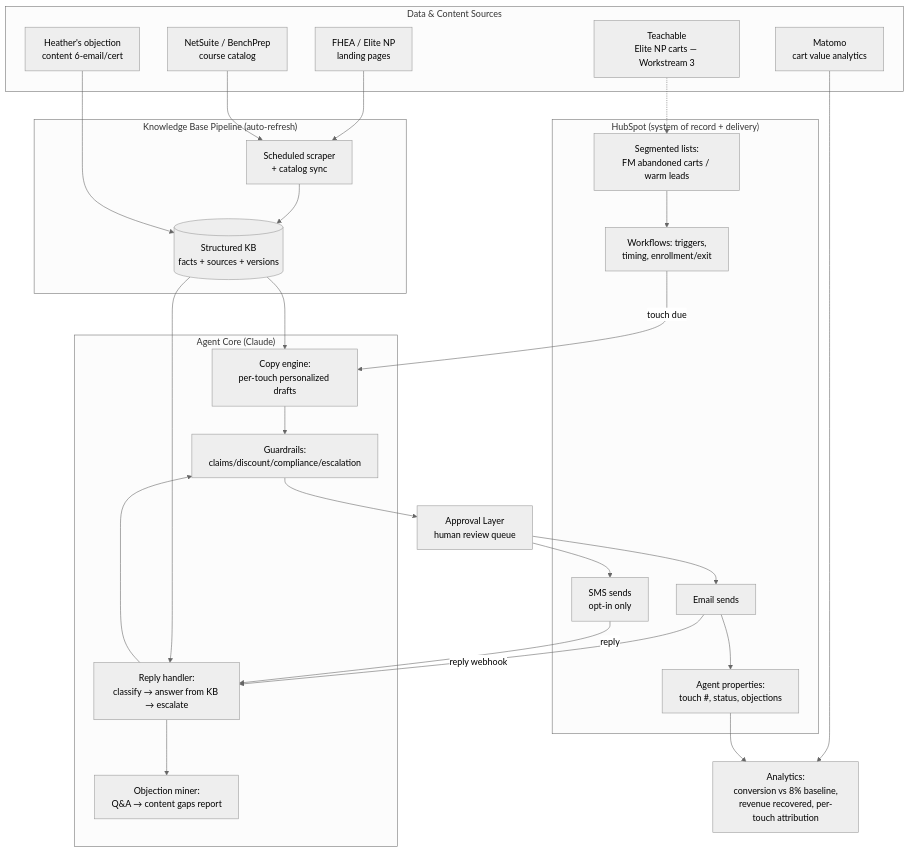
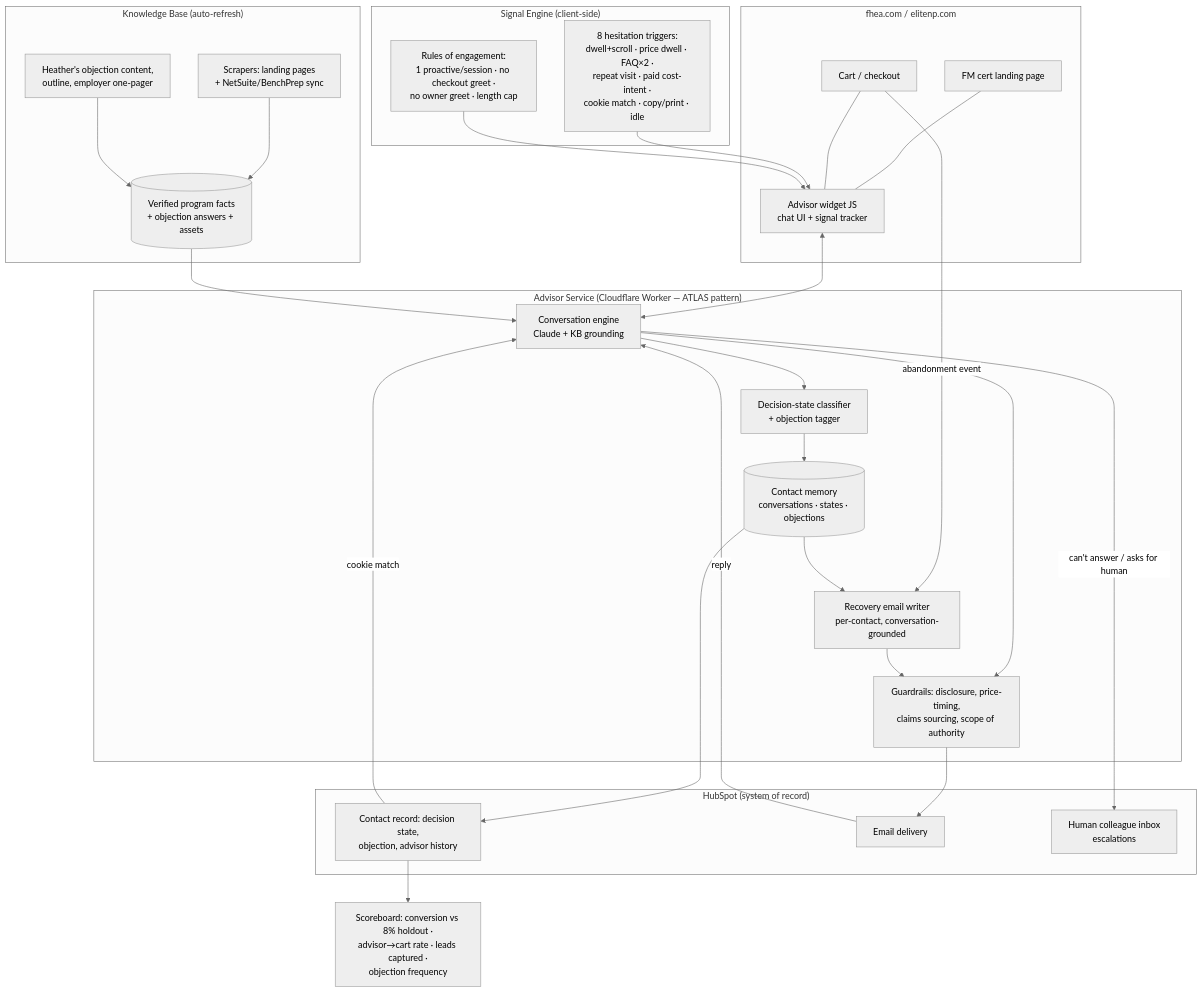
One commit to samcolibri/cert-sdr-agent changed the diagram in ARCHITECTURE.md. Above: the diagram before and after it, drawn with Mermaid (neutral theme). The commit also changed other lines of this file and 12 other files, not shown here.

````diff
--- a/ARCHITECTURE.md
+++ b/ARCHITECTURE.md
@@ -17,52 +21,54 @@
 ```mermaid
 flowchart TB
-    subgraph Sources["Data & Content Sources"]
-        MAT[Matomo<br/>cart value analytics]
-        LP[FHEA / Elite NP<br/>landing pages]
-        HC[Heather's objection<br/>content 6-email/cert]
-        NS[NetSuite / BenchPrep<br/>course catalog]
-        TE[Teachable<br/>Elite NP carts — Workstream 3]
+    subgraph SITE["fhea.com / elitenp.com"]
+        PAGE[FM cert landing page]
+        CART[Cart / checkout]
+        WIDGET[Advisor widget JS<br/>chat UI + signal tracker]
+        PAGE --- WIDGET
+        CART --- WIDGET
     end
 
-    subgraph KB["Knowledge Base Pipeline (auto-refresh)"]
-        SCRAPE[Scheduled scraper<br/>+ catalog sync]
-        KBSTORE[(Structured KB<br/>facts + sources + versions)]
-        SCRAPE --> KBSTORE
+    subgraph SIGNALS["Signal Engine (client-side)"]
+        TRIG["8 hesitation triggers:<br/>dwell+scroll · price dwell · FAQ×2 ·<br/>repeat visit · paid cost-intent ·<br/>cookie match · copy/print · idle"]
+        ROE["Rules of engagement:<br/>1 proactive/session · no checkout greet ·<br/>no owner greet · length cap"]
     end
 
-    subgraph HS["HubSpot (system of record + delivery)"]
-        LISTS[Segmented lists:<br/>FM abandoned carts / warm leads]
-        WF[Workflows: triggers,<br/>timing, enrollment/exit]
-        EMAIL[Email sends]
-        SMS[SMS sends<br/>opt-in only]
-        PROPS[Agent properties:<br/>touch #, status, objections]
+    subgraph BACKEND["Advisor Service (Cloudflare Worker — ATLAS pattern)"]
+        CONV[Conversation engine<br/>Claude + KB grounding]
+        STATE[Decision-state classifier<br/>+ objection tagger]
+        MEM[(Contact memory<br/>conversations · states · objections)]
+        EMAILGEN[Recovery email writer<br/>per-contact, conversation-grounded]
+        GUARD[Guardrails: disclosure, price-timing,<br/>claims sourcing, scope of authority]
     end
 
-    subgraph AGENT["Agent Core (Claude)"]
-        COPY[Copy engine:<br/>per-touch personalized drafts]
-        REPLY[Reply handler:<br/>classify → answer from KB → escalate]
-        GUARD[Guardrails:<br/>claims/discount/compliance/escalation]
-        INSIGHT[Objection miner:<br/>Q&A → content gaps report]
+    subgraph KB["Knowledge Base (auto-refresh)"]
+        FACTS[(Verified program facts<br/>+ objection answers + assets)]
+        SCRAPE[Scrapers: landing pages<br/>+ NetSuite/BenchPrep sync]
+        HCONTENT[Heather's objection content,<br/>outline, employer one-pager]
+        SCRAPE --> FACTS
+        HCONTENT --> FACTS
     end
 
-    APPROVE[Approval Layer<br/>human review queue]
-    DASH[Analytics:<br/>conversion vs 8% baseline,<br/>revenue recovered, per-touch attribution]
+    subgraph HS["HubSpot (system of record)"]
+        CONTACT[Contact record: decision state,<br/>objection, advisor history]
+        HSEMAIL[Email delivery]
+        HANDOFF[Human colleague inbox<br/>escalations]
+    end
 
-    LP --> SCRAPE
-    HC --> KBSTORE
-    NS --> SCRAPE
-    TE -.-> LISTS
-    MAT --> DASH
-    KBSTORE --> COPY
-    KBSTORE --> REPLY
-    LISTS --> WF
-    WF -->|touch due| COPY
-    COPY --> GUARD --> APPROVE --> EMAIL
-    APPROVE --> SMS
-    EMAIL -->|reply webhook| REPLY
-    SMS -->|reply| REPLY
-    REPLY --> GUARD
-    REPLY --> INSIGHT
-    EMAIL --> PROPS
-    PROPS --> DASH
+    DASH[Scoreboard: conversion vs 8% holdout ·<br/>advisor→cart rate · leads captured ·<br/>objection frequency]
+
+    TRIG --> WIDGET
+    ROE --> WIDGET
+    WIDGET <--> CONV
+    CONV --> STATE --> MEM
+    CONV --> GUARD
+    FACTS --> CONV
+    MEM --> CONTACT
+    CONTACT -->|cookie match| CONV
+    CART -->|abandonment event| EMAILGEN
+    MEM --> EMAILGEN
+    EMAILGEN --> GUARD --> HSEMAIL
+    HSEMAIL -->|reply| CONV
+    CONV -->|can't answer / asks for human| HANDOFF
+    CONTACT --> DASH
 ```
````
